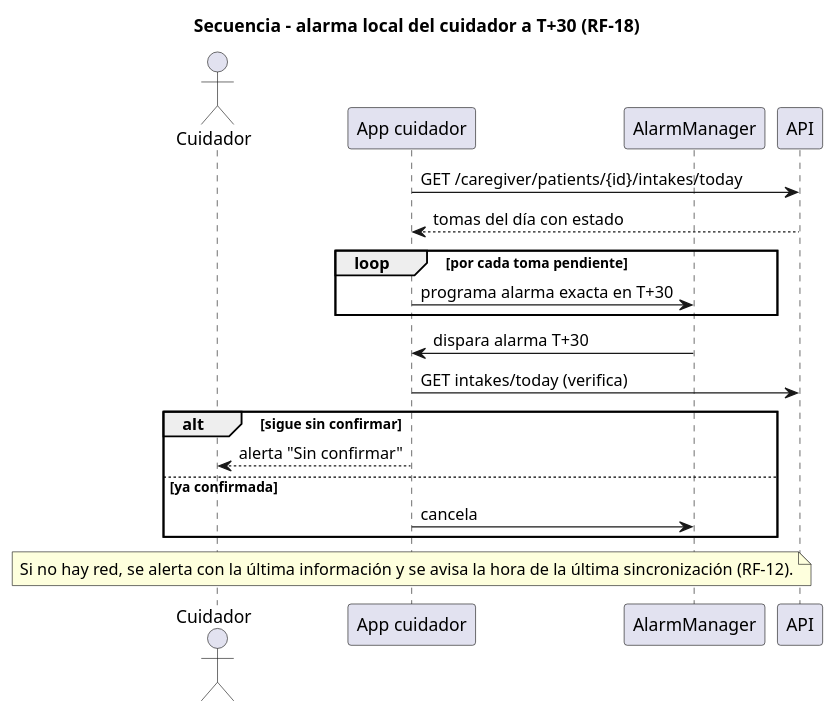
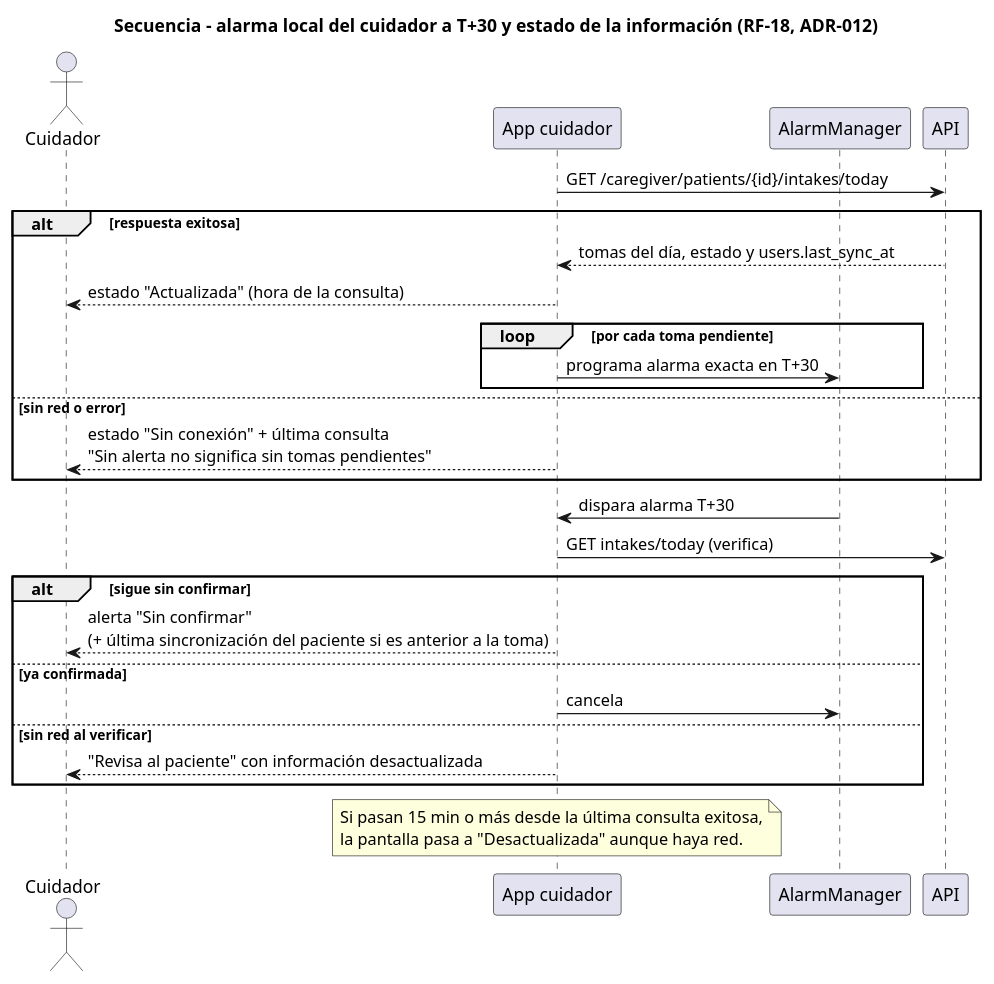
Before and after one commit to AlfonsoRE/CuidaDosis: the diagram in docs/diagramas/08_sec_alarma_cuidador.puml, drawn with PlantUML. The commit also changed 14 other files, not shown here.

First line of the commit message:
docs: P3 v1.1 y P4 v1.1 con la retroalimentación del docente

```diff
--- a/docs/diagramas/08_sec_alarma_cuidador.puml
+++ b/docs/diagramas/08_sec_alarma_cuidador.puml
@@ -1,20 +1,27 @@
 @startuml
-title Secuencia - alarma local del cuidador a T+30 (RF-18)
+title Secuencia - alarma local del cuidador a T+30 y estado de la información (RF-18, ADR-012)
 actor Cuidador
 participant "App cuidador" as App
 participant "AlarmManager" as AL
 participant "API" as A
 App -> A : GET /caregiver/patients/{id}/intakes/today
-A --> App : tomas del día con estado
-loop por cada toma pendiente
-  App -> AL : programa alarma exacta en T+30
+alt respuesta exitosa
+  A --> App : tomas del día, estado y users.last_sync_at
+  App --> Cuidador : estado "Actualizada" (hora de la consulta)
+  loop por cada toma pendiente
+    App -> AL : programa alarma exacta en T+30
+  end
+else sin red o error
+  App --> Cuidador : estado "Sin conexión" + última consulta\n"Sin alerta no significa sin tomas pendientes"
 end
 AL -> App : dispara alarma T+30
 App -> A : GET intakes/today (verifica)
 alt sigue sin confirmar
-  App --> Cuidador : alerta "Sin confirmar"
+  App --> Cuidador : alerta "Sin confirmar"\n(+ última sincronización del paciente si es anterior a la toma)
 else ya confirmada
   App -> AL : cancela
+else sin red al verificar
+  App --> Cuidador : "Revisa al paciente" con información desactualizada
 end
-note over App : Si no hay red, se alerta con la última información y se avisa la hora de la última sincronización (RF-12).
+note over App : Si pasan 15 min o más desde la última consulta exitosa,\nla pantalla pasa a "Desactualizada" aunque haya red.
 @enduml
```
